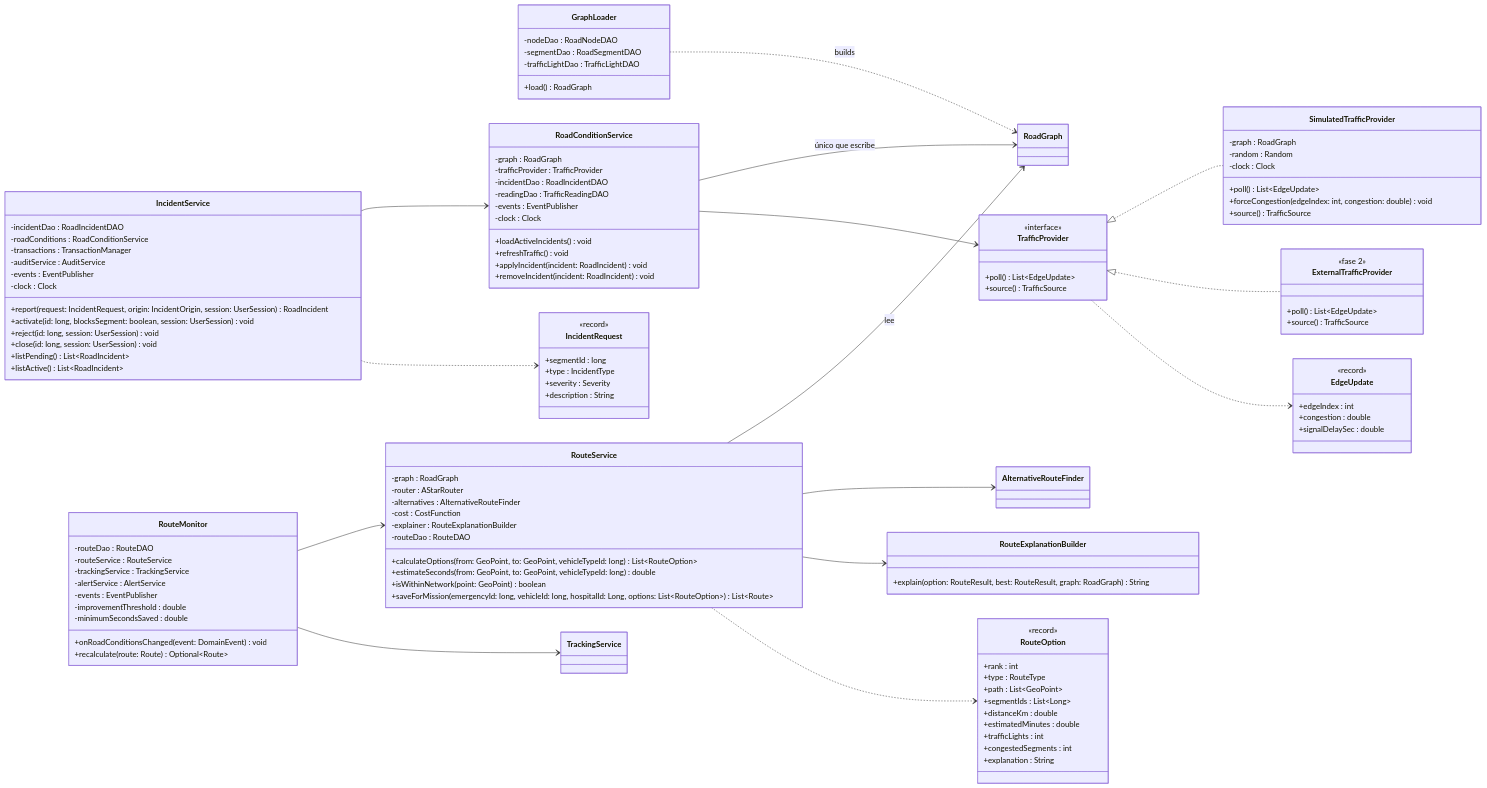
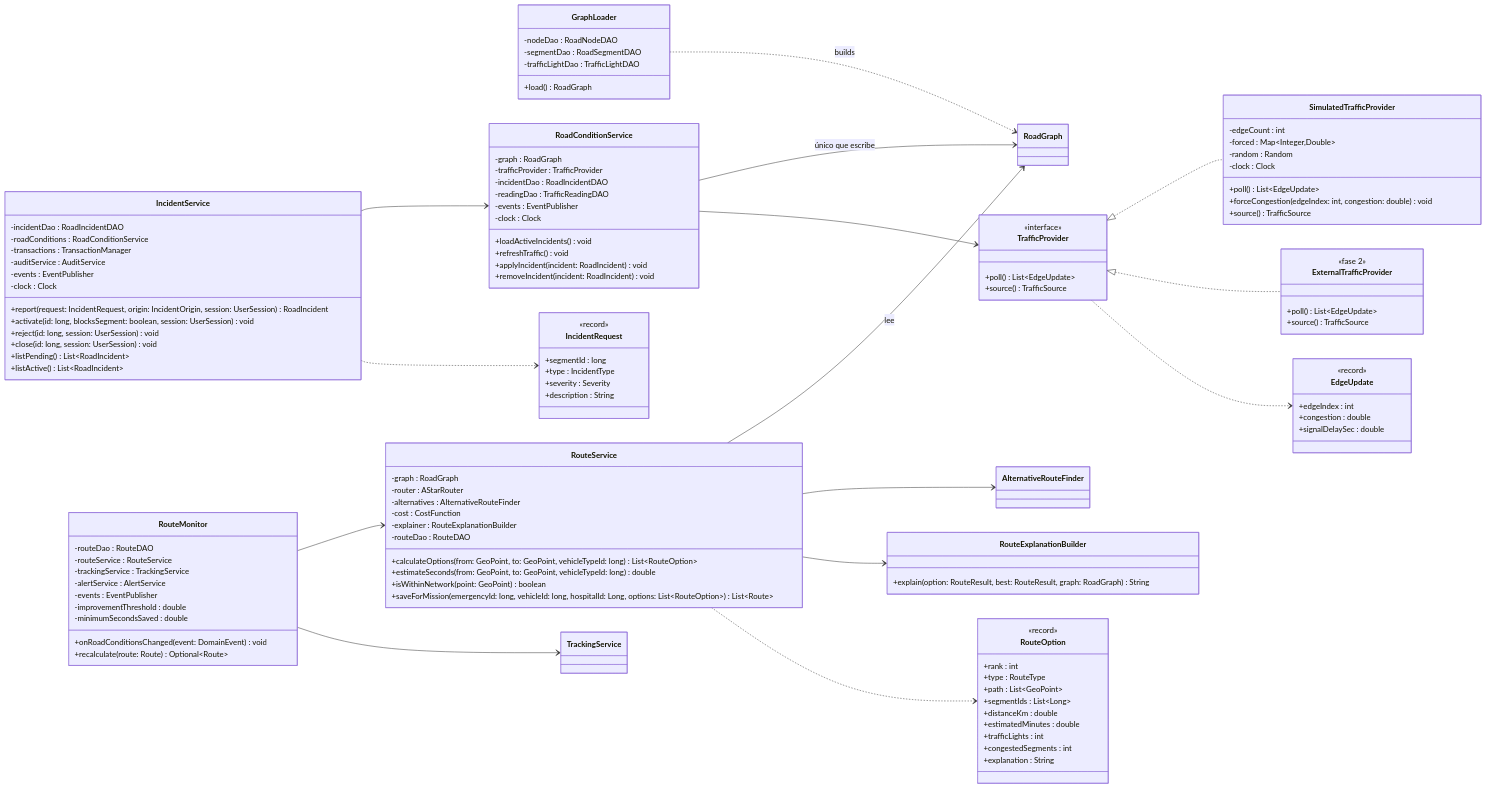
Before and after one commit to afzabaleta/RutaVida: diagram 18 of 22 in docs/class-diagram.md, drawn with Mermaid. The commit also changed 2 other files, not shown here.

Commit message:
fix: keep-forced-congestion

```diff
--- a/docs/class-diagram.md
+++ b/docs/class-diagram.md
@@ -1386,7 +1386,8 @@
         +signalDelaySec : double
     }
     class SimulatedTrafficProvider {
-        -graph : RoadGraph
+        -edgeCount : int
+        -forced : Map~Integer,Double~
         -random : Random
         -clock : Clock
 
```
